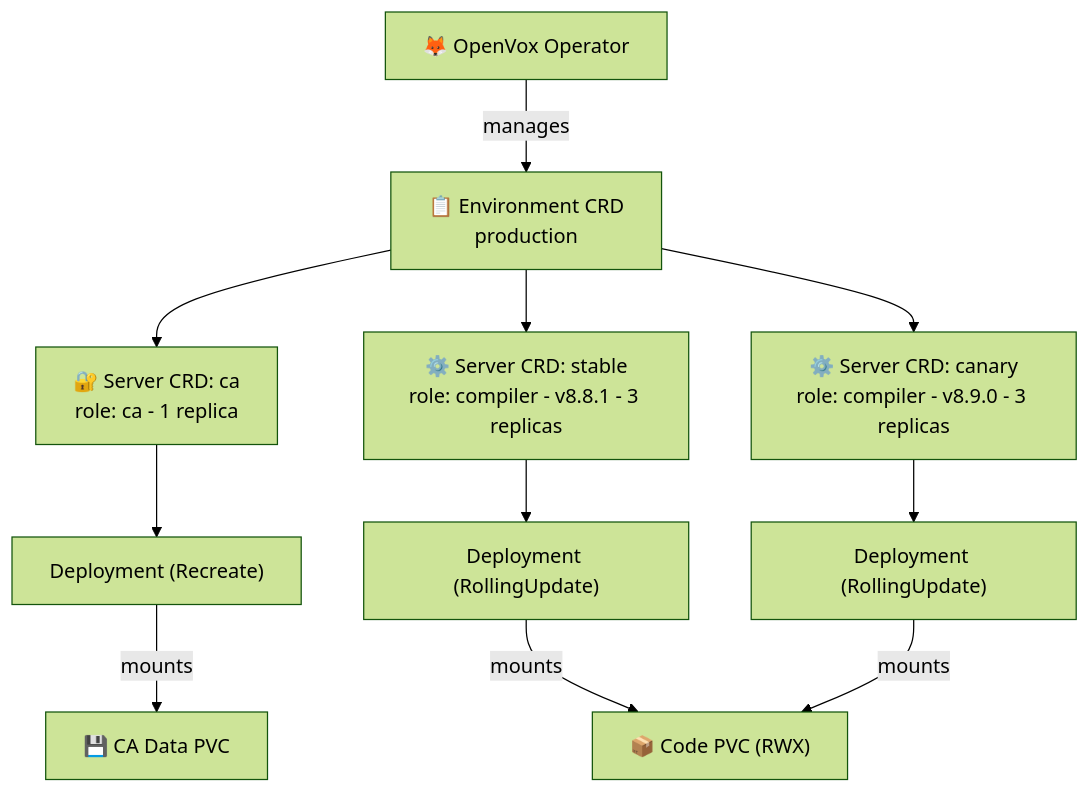
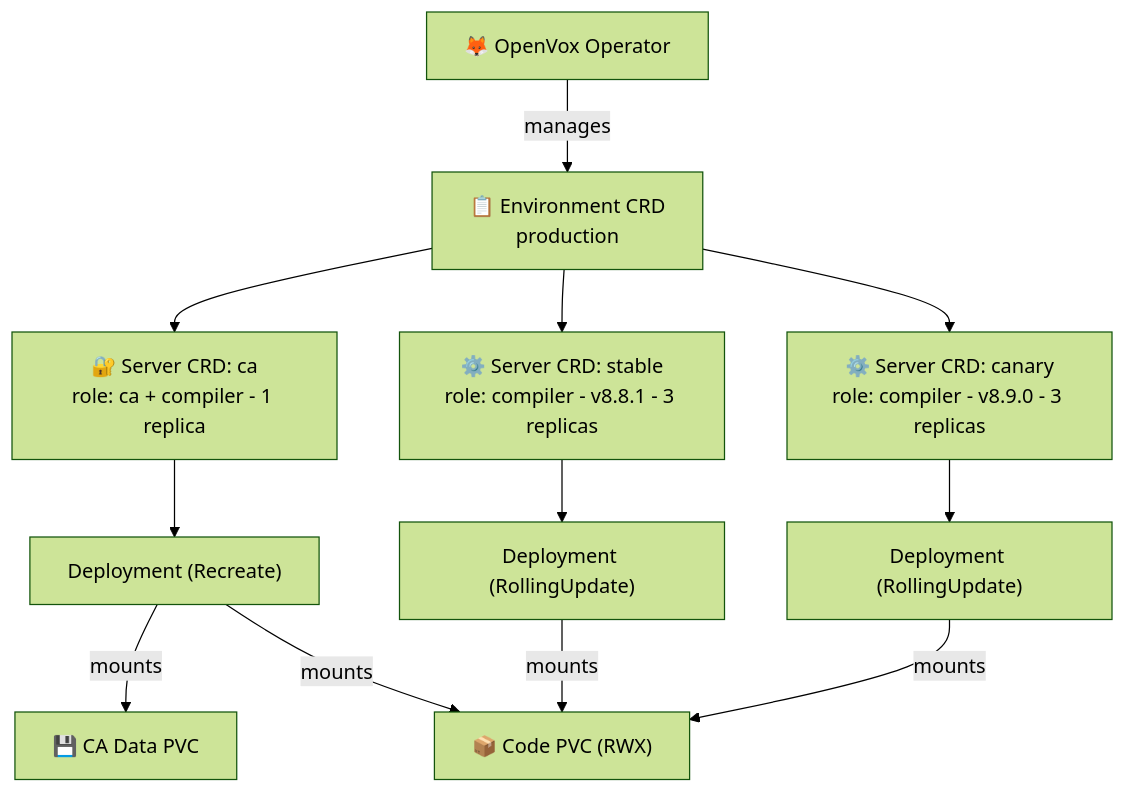
Before and after one commit to mathildabot/openvox-operator: the diagram in README.md, drawn with Mermaid (forest theme).

Commit message:
docs: show CA server with dual role in architecture diagram

````diff
--- a/README.md
+++ b/README.md
@@ -22,18 +22,19 @@
 ```mermaid
 graph TD
     Op["🦊 OpenVox Operator"]
     Op -->|manages| Env
 
     Env["📋 Environment CRD<br/>production"]
-    Env --> CA["🔐 Server CRD: ca<br/>role: ca - 1 replica"]
+    Env --> CA["🔐 Server CRD: ca<br/>role: ca + compiler - 1 replica"]
     Env --> Stable["⚙️ Server CRD: stable<br/>role: compiler - v8.8.1 - 3 replicas"]
     Env --> Canary["⚙️ Server CRD: canary<br/>role: compiler - v8.9.0 - 3 replicas"]
 
     CA --> CA_D["Deployment (Recreate)"]
     Stable --> ST_D["Deployment (RollingUpdate)"]
     Canary --> CA_D2["Deployment (RollingUpdate)"]
 
     CA_D -->|mounts| CA_PVC["💾 CA Data PVC"]
+    CA_D -->|mounts| Code_PVC
     ST_D -->|mounts| Code_PVC["📦 Code PVC (RWX)"]
     CA_D2 -->|mounts| Code_PVC
 ```
````
